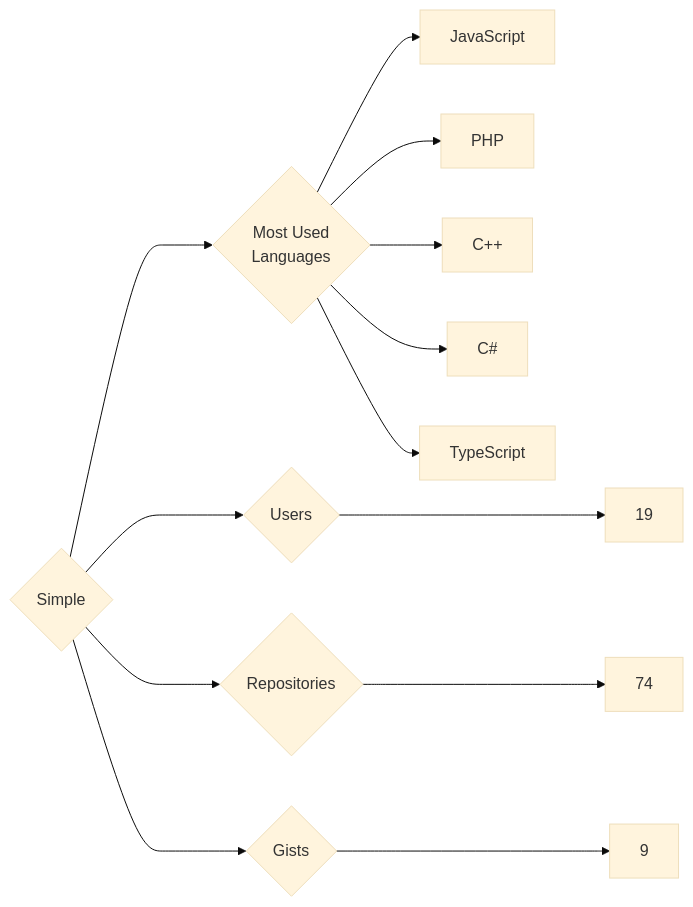
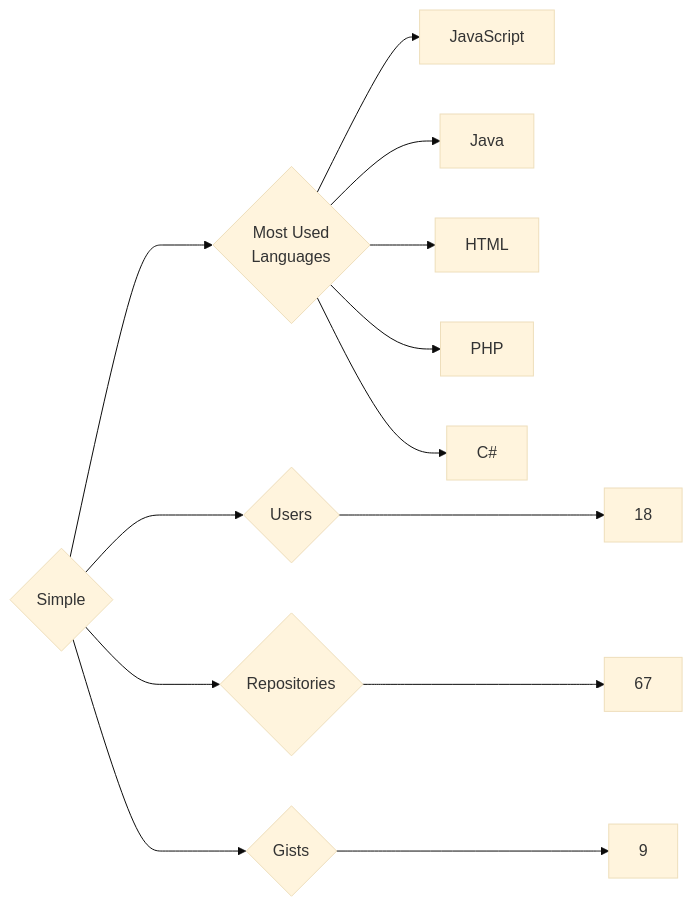
The diagram in targets/Simple/README.md (trickest/insiders), drawn with Mermaid (base theme) before and after one commit. The commit also changed 920 other files, not shown here.

````diff
--- a/targets/Simple/README.md
+++ b/targets/Simple/README.md
@@ -3,13 +3,13 @@
 ```mermaid
 graph LR
 COMPANY_NAME{Simple}
-COMPANY_NAME ---> U{Users} ---> UN[19]
-COMPANY_NAME ---> R{Repositories} ---> RN[74]
+COMPANY_NAME ---> U{Users} ---> UN[18]
+COMPANY_NAME ---> R{Repositories} ---> RN[67]
 COMPANY_NAME ---> G{Gists} ---> GN[9]
 COMPANY_NAME ---> ML{Most Used<br>Languages}
 ML --> JavaScript[JavaScript]
+ML --> Java[Java]
+ML --> HTML[HTML]
 ML --> PHP[PHP]
-ML --> C++[C++]
 ML --> C#[C#]
-ML --> TypeScript[TypeScript]
 ```
````
